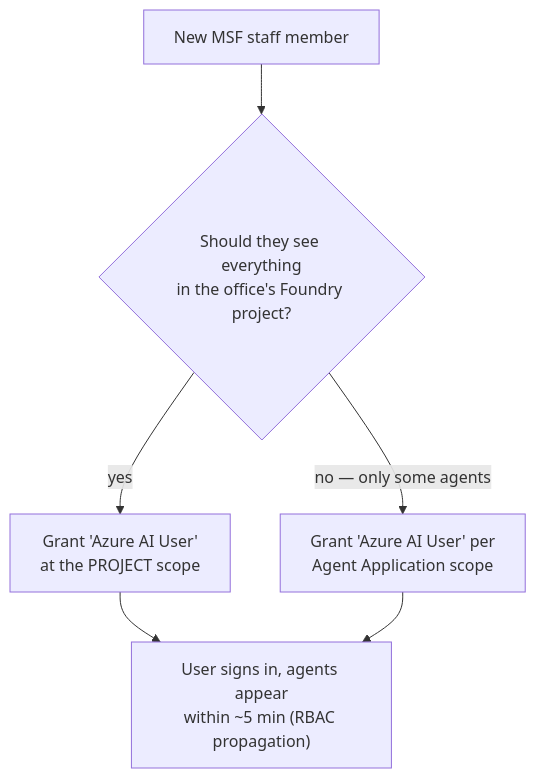
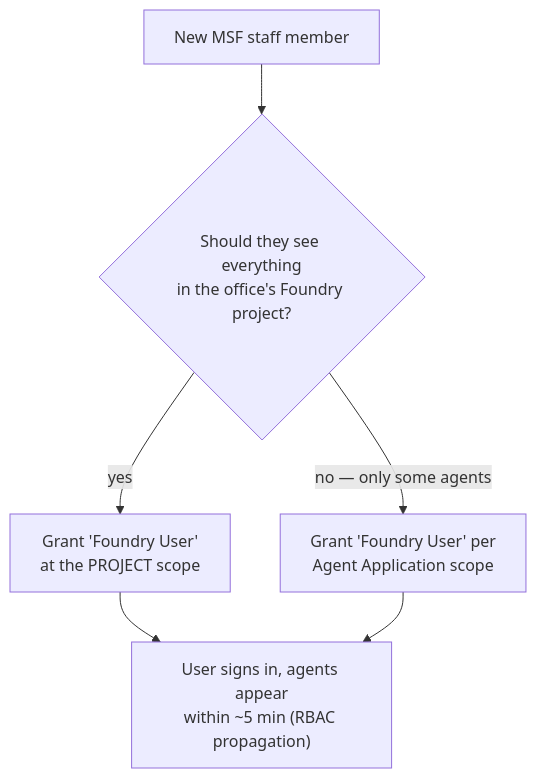
The third of 4 diagrams in docs/AGENT_ACCESS_MANAGEMENT.md (Medecins-Sans-Frontieres-Collaborate/ai-assistant-app), drawn with Mermaid before and after one commit. The commit also changed other lines of this file and 28 other files, not shown here.

````diff
--- a/docs/AGENT_ACCESS_MANAGEMENT.md
+++ b/docs/AGENT_ACCESS_MANAGEMENT.md
@@ -224,8 +230,8 @@
 ```mermaid
 flowchart TD
     A["New MSF staff member"] --> Q{"Should they see everything<br/>in the office's Foundry project?"}
-    Q -->|yes| Project["Grant 'Azure AI User'<br/>at the PROJECT scope"]
-    Q -->|"no — only some agents"| App["Grant 'Azure AI User' per<br/>Agent Application scope"]
+    Q -->|yes| Project["Grant 'Foundry User'<br/>at the PROJECT scope"]
+    Q -->|"no — only some agents"| App["Grant 'Foundry User' per<br/>Agent Application scope"]
     Project --> Done["User signs in, agents appear<br/>within ~5 min (RBAC propagation)"]
     App --> Done
 ```
````
